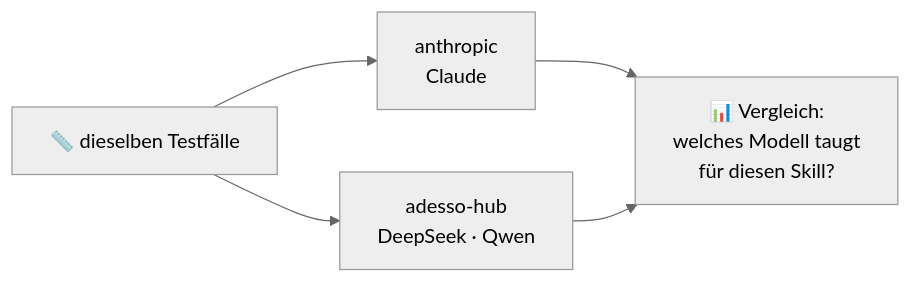
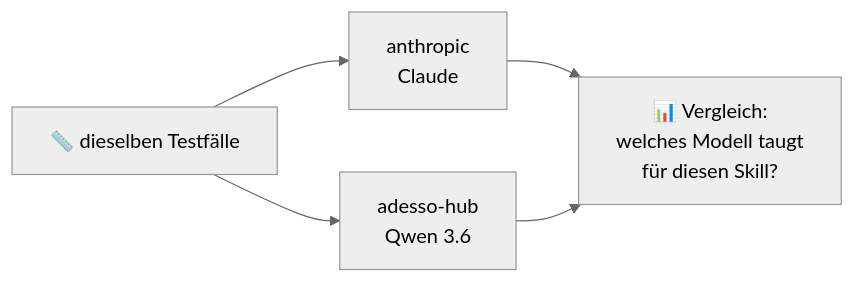
One commit to a-lottes/Agent-Template changed the fifth of 5 diagrams in docs/demo/05-skill-check/VISUELL.md. Above: the diagram before and after it, drawn with Mermaid (neutral theme). The commit also changed 16 other files, not shown here.

Commit message:
Docs consistent with the repo-only flow: rewritten step docs, index, diagrams; old variants moved to docs/demo/archiv

````diff
--- a/docs/demo/05-skill-check/VISUELL.md
+++ b/docs/demo/05-skill-check/VISUELL.md
@@ -62,7 +62,7 @@
 ```mermaid
 flowchart LR
     T["📏 dieselben Testfälle"] --> A["anthropic<br/>Claude"]
-    T --> H["adesso-hub<br/>DeepSeek · Qwen"]
+    T --> H["adesso-hub<br/>Qwen 3.6"]
     A --> C["📊 Vergleich:<br/>welches Modell taugt<br/>für diesen Skill?"]
     H --> C
 ```
````
